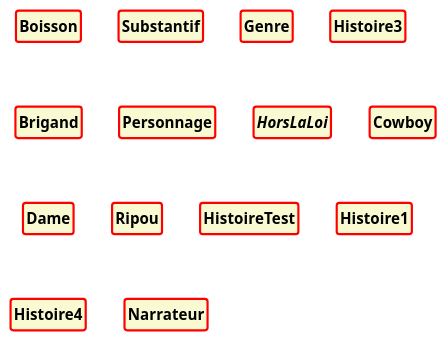
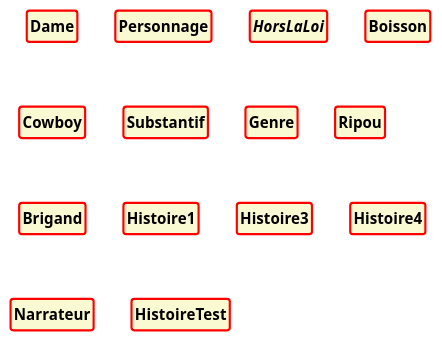
One commit to DamienJUNG/GenerateurPuml changed the diagram in western.puml. Above: the diagram before and after it, drawn with PlantUML. The commit also changed other lines of this file and 60 other files, not shown here.

```diff
--- a/western.puml
+++ b/western.puml
@@ -1,28 +1,28 @@
 @startuml
 
 'Code généré automatiquement ;>
 skinparam style strictuml
 hide empty members
 skinparam classAttributeIconSize 0
 skinparam classFontStyle Bold
 skinparam classbackgroundColor LightGoldenRodYellow
 skinparam classbordercolor red
 skinparam classattribute none
 skinparam classborderthickness 2
 
+class Dame
+class Personnage
+interface HorsLaLoi
 class Boisson
+class Cowboy
 class Substantif
 enum Genre
+class Ripou
+class Brigand
+class Histoire1
 class Histoire3
-class Brigand
-class Personnage
-interface HorsLaLoi
-class Cowboy
-class Dame
-class Ripou
-class HistoireTest
-class Histoire1
 class Histoire4
 class Narrateur
+class HistoireTest
 
 @enduml
```
